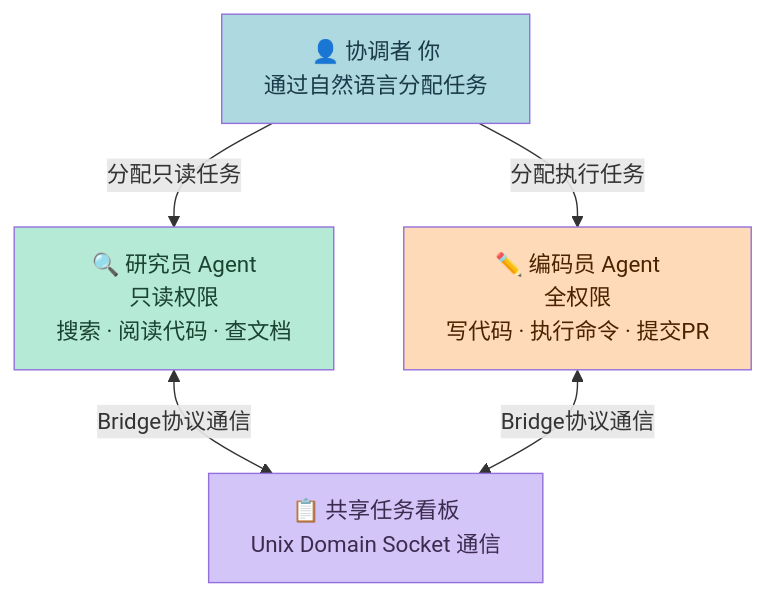
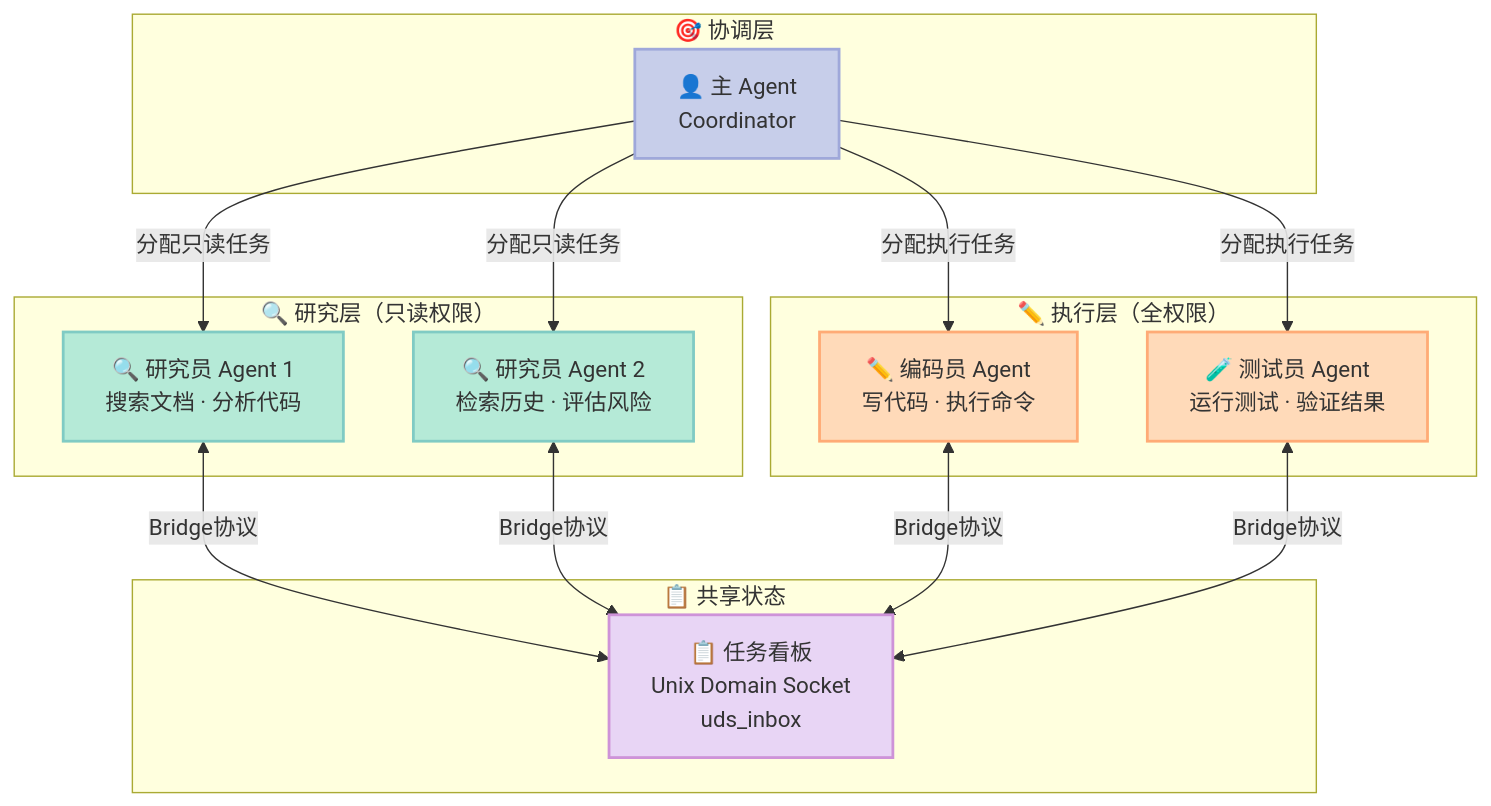
The fourth of 6 diagrams in source/_posts/2026-04-15-claude-code-source-analysis.md (xuqi2024/xuqi2024.github.io), drawn with Mermaid before and after one commit. The commit also changed other lines of this file and 23 other files, not shown here.

````diff
--- a/source/_posts/2026-04-15-claude-code-source-analysis.md
+++ b/source/_posts/2026-04-15-claude-code-source-analysis.md
@@ -183,17 +411,33 @@
 ```mermaid
-graph TD
-    C["👤 协调者 你<br/>通过自然语言分配任务"]
-    R["🔍 研究员 Agent<br/>只读权限<br/>搜索 · 阅读代码 · 查文档"]
-    W["✏️ 编码员 Agent<br/>全权限<br/>写代码 · 执行命令 · 提交PR"]
-    TL["📋 共享任务看板<br/>Unix Domain Socket 通信"]
+graph TB
+    subgraph "🎯 协调层"
+        C["👤 主 Agent<br/>Coordinator"]
+    end
+    subgraph "🔍 研究层（只读权限）"
+        R1["🔍 研究员 Agent 1<br/>搜索文档 · 分析代码"]
+        R2["🔍 研究员 Agent 2<br/>检索历史 · 评估风险"]
+    end
+    subgraph "✏️ 执行层（全权限）"
+        W1["✏️ 编码员 Agent<br/>写代码 · 执行命令"]
+        W2["🧪 测试员 Agent<br/>运行测试 · 验证结果"]
+    end
+    subgraph "📋 共享状态"
+        TB["📋 任务看板<br/>Unix Domain Socket<br/>uds_inbox"]
+    end
 
-    C -->|"分配只读任务"| R
-    C -->|"分配执行任务"| W
-    R <-->|"Bridge协议通信"| TL
-    W <-->|"Bridge协议通信"| TL
+    C -->|"分配只读任务"| R1
+    C -->|"分配只读任务"| R2
+    C -->|"分配执行任务"| W1
+    C -->|"分配执行任务"| W2
+    R1 <-->|"Bridge协议"| TB
+    R2 <-->|"Bridge协议"| TB
+    W1 <-->|"Bridge协议"| TB
+    W2 <-->|"Bridge协议"| TB
 
-    style C fill:#AED9E0,color:#1A3A4A
-    style R fill:#B5EAD7,color:#1B4332
-    style W fill:#FFDAB9,color:#4A2200
-    style TL fill:#D4C5F9,color:#3D2B4F
+    style C fill:#C7CEEA,stroke:#9FA8DA,stroke-width:2px,color:#333
+    style R1 fill:#B5EAD7,stroke:#80CBC4,stroke-width:2px,color:#333
+    style R2 fill:#B5EAD7,stroke:#80CBC4,stroke-width:2px,color:#333
+    style W1 fill:#FFDAB9,stroke:#FFAB76,stroke-width:2px,color:#333
+    style W2 fill:#FFDAB9,stroke:#FFAB76,stroke-width:2px,color:#333
+    style TB fill:#E8D5F5,stroke:#CE93D8,stroke-width:2px,color:#333
 ```
````
